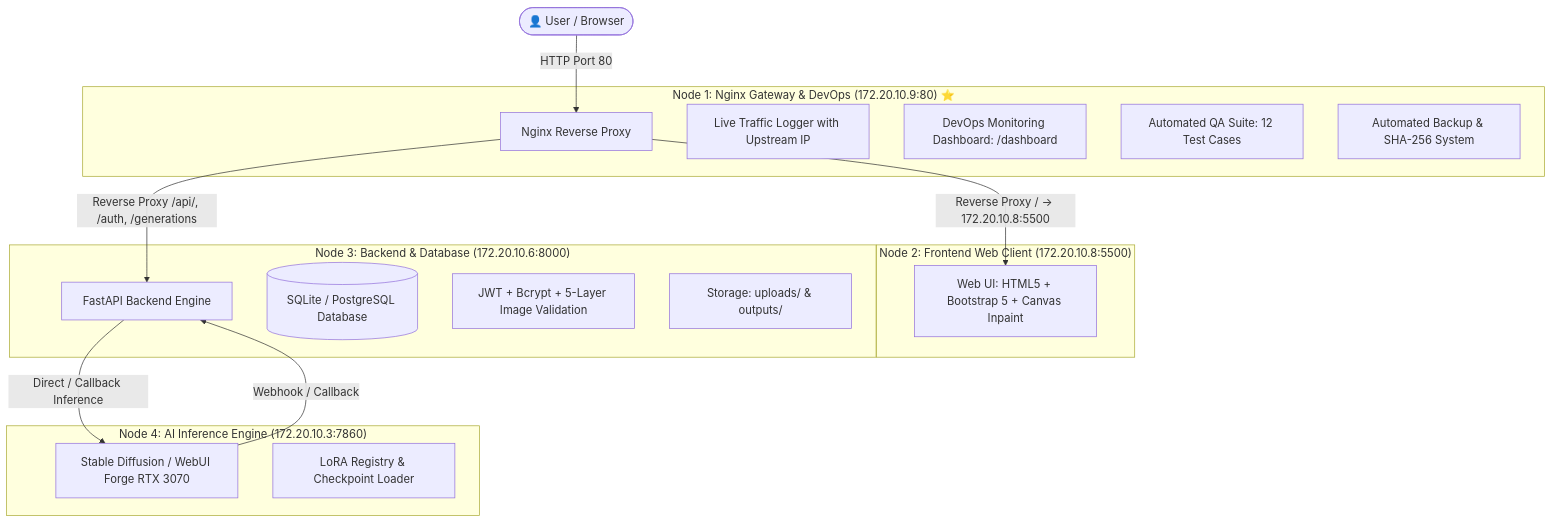
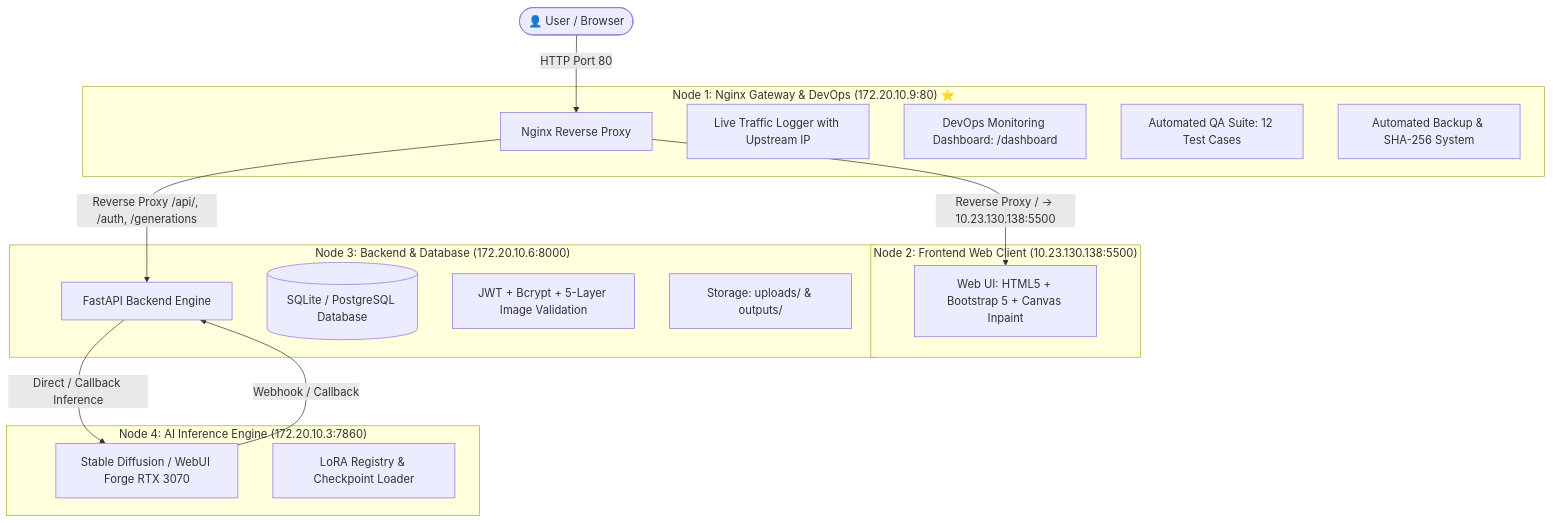
Before and after one commit to Pongkarm/Project_Luma_PKW: the diagram in README.md, drawn with Mermaid. The commit also changed other lines of this file and 7 other files, not shown here.

Commit message:
fix(network): update frontend IP to 10.23.130.138 and nginx IP to 10.23.130.212

````diff
--- a/README.md
+++ b/README.md
@@ -20,34 +20,34 @@
 ```mermaid
 graph TD
     User([👤 User / Browser])
 
     subgraph Node1 ["Node 1: Nginx Gateway & DevOps (172.20.10.9:80) ⭐"]
         Nginx[Nginx Reverse Proxy]
         AccessLog[Live Traffic Logger with Upstream IP]
         Dashboard[DevOps Monitoring Dashboard: /dashboard]
         QATest[Automated QA Suite: 12 Test Cases]
         Backup[Automated Backup & SHA-256 System]
     end
 
-    subgraph Node2 ["Node 2: Frontend Web Client (172.20.10.8:5500)"]
+    subgraph Node2 ["Node 2: Frontend Web Client (10.23.130.138:5500)"]
         UI[Web UI: HTML5 + Bootstrap 5 + Canvas Inpaint]
     end
 
     subgraph Node3 ["Node 3: Backend & Database (172.20.10.6:8000)"]
         API[FastAPI Backend Engine]
         DB[(SQLite / PostgreSQL Database)]
         Security[JWT + Bcrypt + 5-Layer Image Validation]
         Storage[Storage: uploads/ & outputs/]
     end
 
     subgraph Node4 ["Node 4: AI Inference Engine (172.20.10.3:7860)"]
         SD[Stable Diffusion / WebUI Forge RTX 3070]
         LoRA[LoRA Registry & Checkpoint Loader]
     end
 
     User -->|HTTP Port 80| Nginx
-    Nginx -->|Reverse Proxy / -> 172.20.10.8:5500| UI
+    Nginx -->|Reverse Proxy / -> 10.23.130.138:5500| UI
     Nginx -->|Reverse Proxy /api/, /auth, /generations| API
     API -->|Direct / Callback Inference| SD
     SD -->|Webhook / Callback| API
 ```
````
